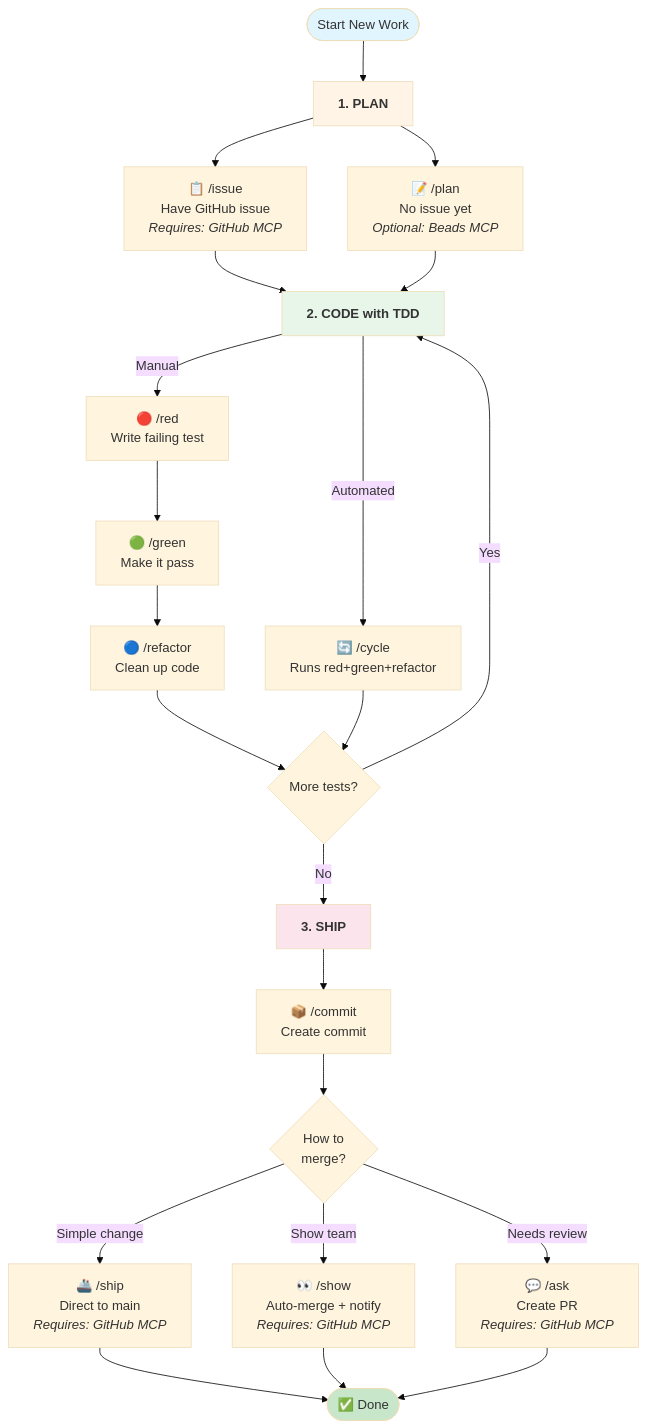
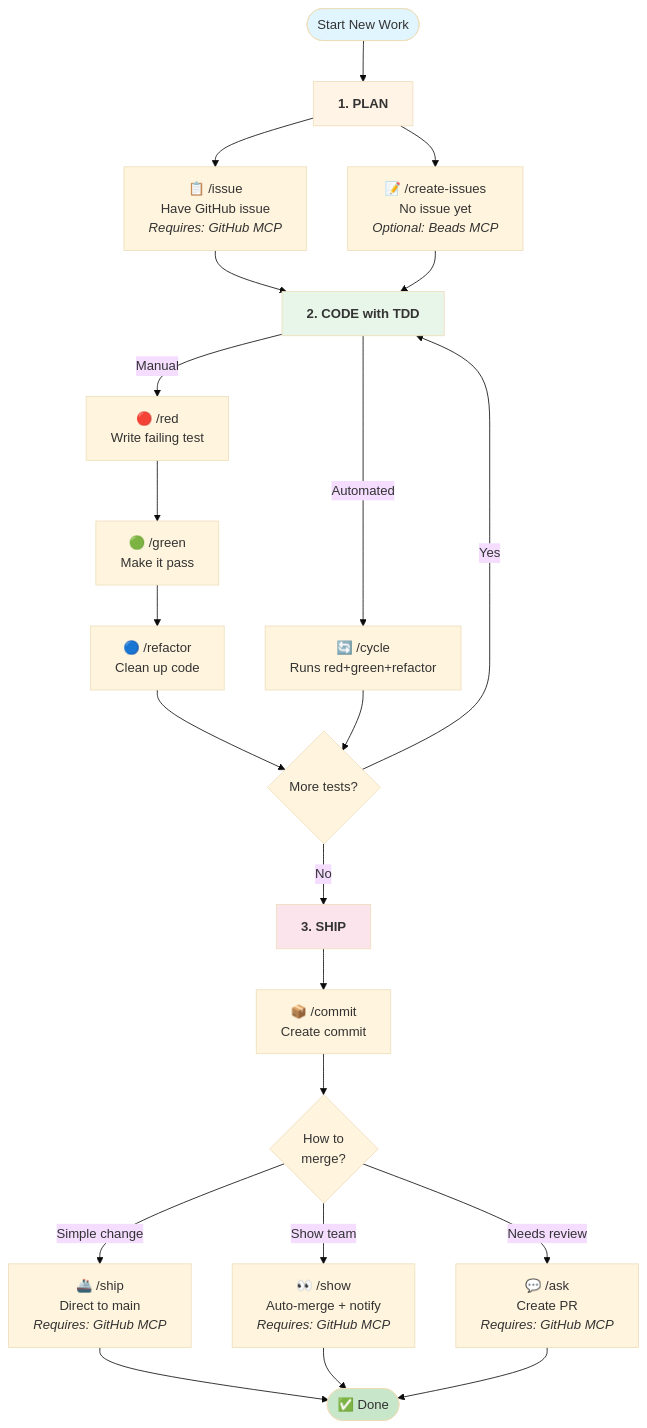
The diagram in README.md (hevolx/agent-instructions), drawn with Mermaid (base theme) before and after one commit. The commit also changed other lines of this file and 9 other files, not shown here.

First line of the commit message:
fix: rename /plan to /create-issues to avoid Claude Code conflict

````diff
--- a/README.md
+++ b/README.md
@@ -141,42 +141,42 @@
 ```mermaid
 flowchart TB
     Start([Start New Work])
 
     Start --> Step1[<b>1. PLAN</b>]
 
     Step1 --> Issue[📋 /issue<br/>Have GitHub issue<br/><i>Requires: GitHub MCP</i>]
-    Step1 --> Plan[📝 /plan<br/>No issue yet<br/><i>Optional: Beads MCP</i>]
+    Step1 --> CreateIssues[📝 /create-issues<br/>No issue yet<br/><i>Optional: Beads MCP</i>]
 
     Issue --> Step2[<b>2. CODE with TDD</b>]
-    Plan --> Step2
+    CreateIssues --> Step2
 
     Step2 -->|Manual| Red[🔴 /red<br/>Write failing test]
     Red --> Green[🟢 /green<br/>Make it pass]
     Green --> Refactor[🔵 /refactor<br/>Clean up code]
     Refactor --> MoreTests{More tests?}
 
     Step2 -->|Automated| Cycle[🔄 /cycle<br/>Runs red+green+refactor]
     Cycle --> MoreTests
 
     MoreTests -->|Yes| Step2
     MoreTests -->|No| Step3
 
     Step3[<b>3. SHIP</b>]
 
     Step3 --> Commit[📦 /commit<br/>Create commit]
     Commit --> ShipChoice{How to<br/>merge?}
 
     ShipChoice -->|Simple change| Ship[🚢 /ship<br/>Direct to main<br/><i>Requires: GitHub MCP</i>]
     ShipChoice -->|Show team| Show[👀 /show<br/>Auto-merge + notify<br/><i>Requires: GitHub MCP</i>]
     ShipChoice -->|Needs review| Ask[💬 /ask<br/>Create PR<br/><i>Requires: GitHub MCP</i>]
 
     Ship --> Done([✅ Done])
     Show --> Done
     Ask --> Done
 
     style Start fill:#e1f5ff
     style Step1 fill:#fff4e6
     style Step2 fill:#e8f5e9
     style Step3 fill:#fce4ec
     style Done fill:#c8e6c9
 ```
````
